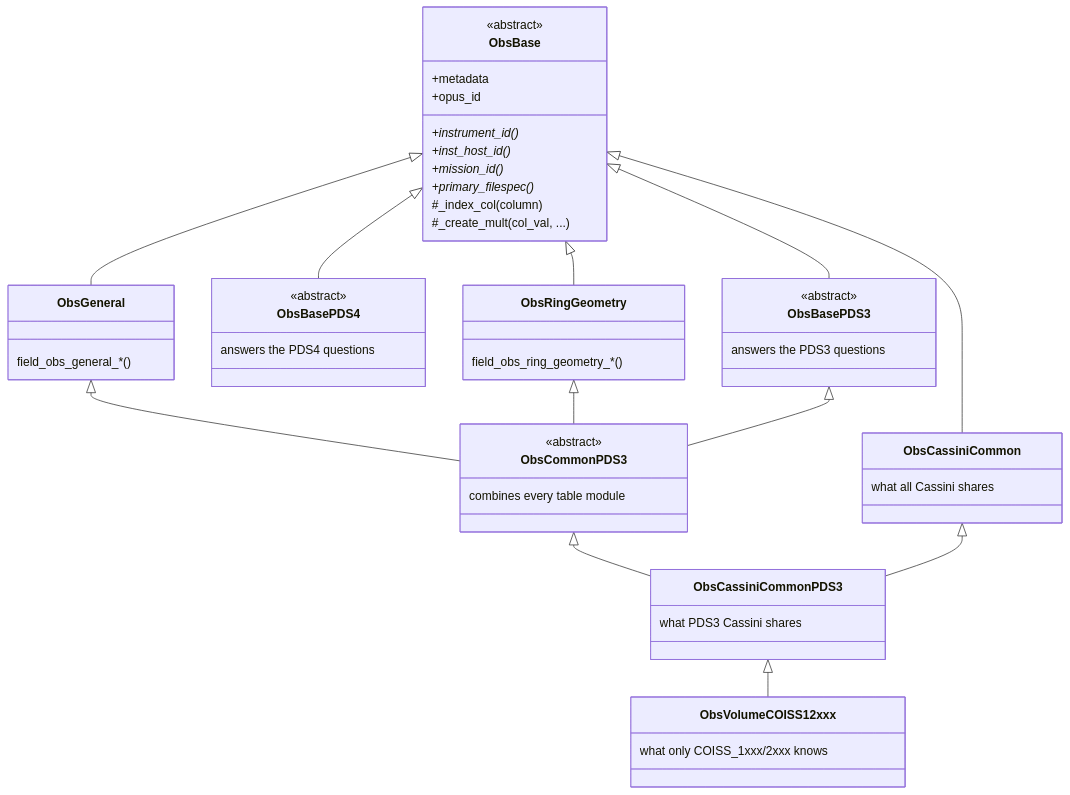
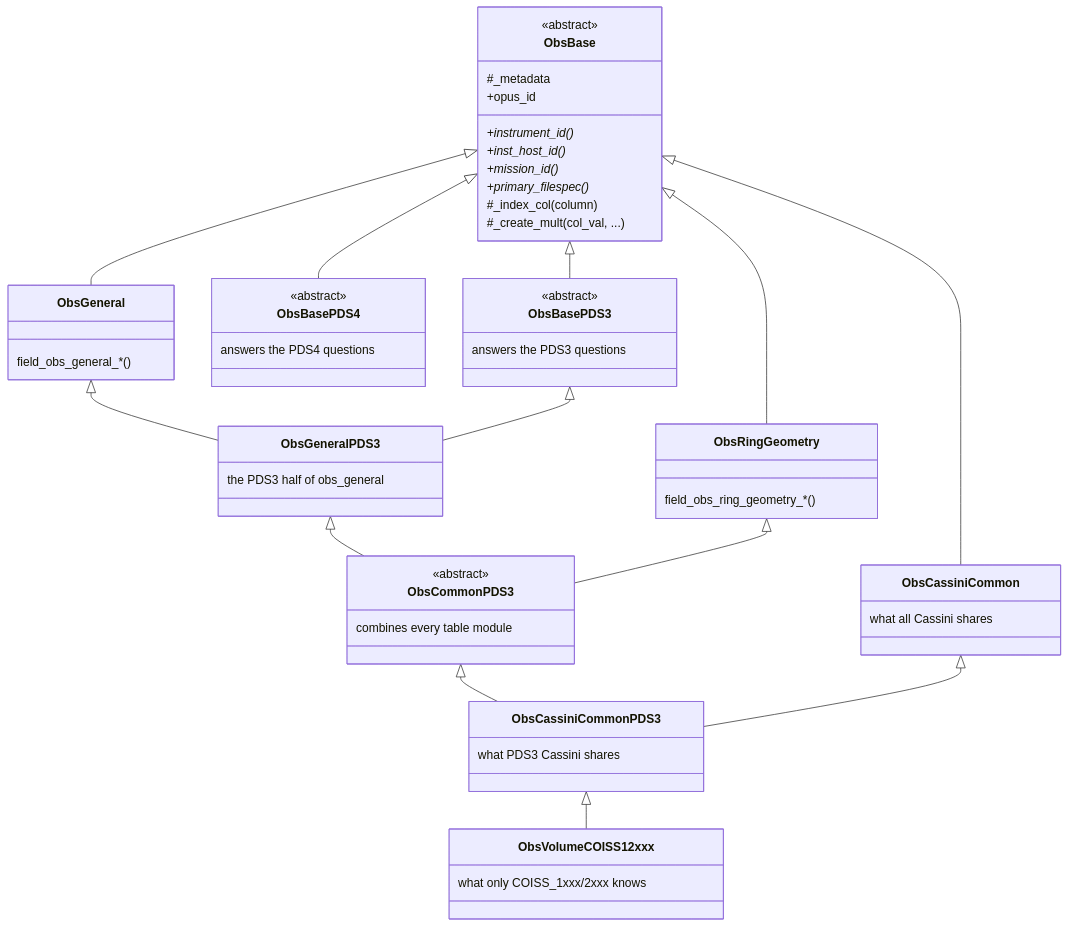
Before and after one commit to SETI/rms-opus: the third of 4 diagrams in docs/dev_guide_architecture.rst, drawn with Mermaid. The commit also changed other lines of this file and 23 other files, not shown here.

```diff
--- a/docs/dev_guide_architecture.rst
+++ b/docs/dev_guide_architecture.rst
@@ -68,53 +77,57 @@
 .. mermaid::
 
     classDiagram
         class ObsBase {
             <<abstract>>
-            +metadata
+            #_metadata
             +opus_id
             +instrument_id()*
             +inst_host_id()*
             +mission_id()*
             +primary_filespec()*
             #_index_col(column)
             #_create_mult(col_val, ...)
         }
         class ObsBasePDS3 {
             <<abstract>>
             answers the PDS3 questions
         }
         class ObsBasePDS4 {
             <<abstract>>
             answers the PDS4 questions
         }
         class ObsGeneral {
             field_obs_general_*()
         }
         class ObsRingGeometry {
             field_obs_ring_geometry_*()
         }
+        class ObsGeneralPDS3 {
+            the PDS3 half of obs_general
+        }
         class ObsCommonPDS3 {
             <<abstract>>
             combines every table module
         }
         class ObsCassiniCommon {
             what all Cassini shares
         }
         class ObsCassiniCommonPDS3 {
             what PDS3 Cassini shares
         }
         class ObsVolumeCOISS12xxx {
             what only COISS_1xxx/2xxx knows
         }
 
         ObsBase <|-- ObsBasePDS3
         ObsBase <|-- ObsBasePDS4
         ObsBase <|-- ObsGeneral
         ObsBase <|-- ObsRingGeometry
-        ObsGeneral <|-- ObsCommonPDS3
+        ObsGeneral <|-- ObsGeneralPDS3
+        ObsBasePDS3 <|-- ObsGeneralPDS3
+        ObsGeneralPDS3 <|-- ObsCommonPDS3
         ObsRingGeometry <|-- ObsCommonPDS3
-        ObsBasePDS3 <|-- ObsCommonPDS3
         ObsBase <|-- ObsCassiniCommon
         ObsCommonPDS3 <|-- ObsCassiniCommonPDS3
         ObsCassiniCommon <|-- ObsCassiniCommonPDS3
         ObsCassiniCommonPDS3 <|-- ObsVolumeCOISS12xxx
```
